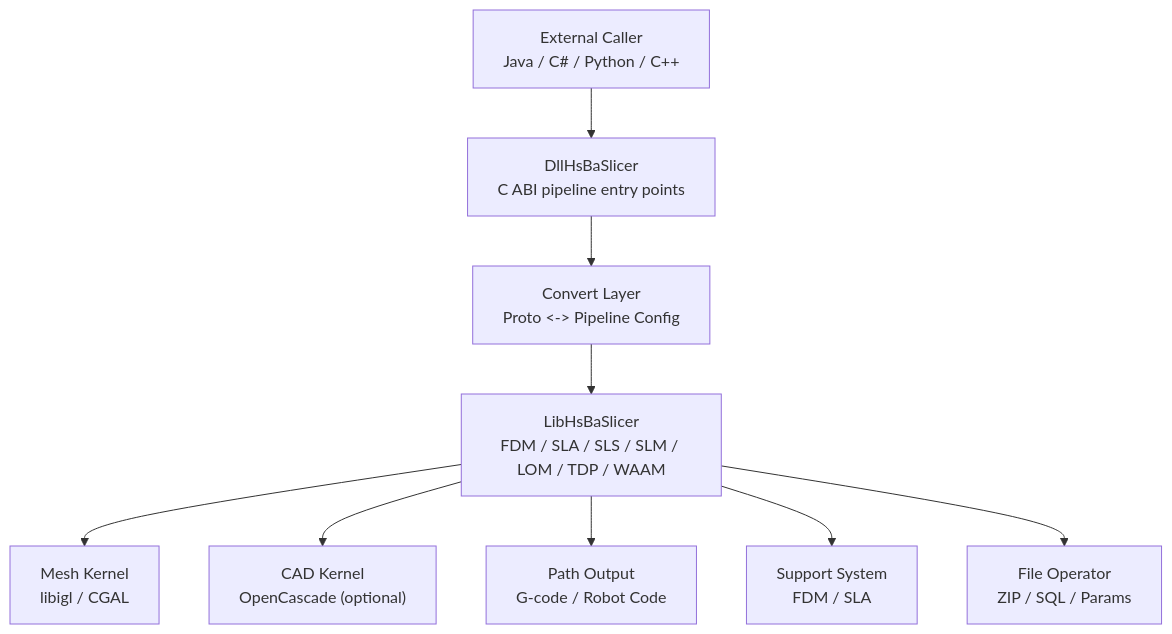
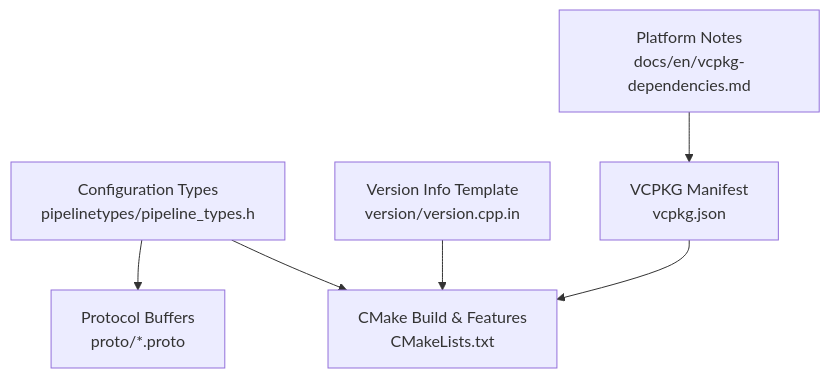
Before and after one commit to hsmbanlance/HsBaSlicer: the first of 4 diagrams in .qoder/repowiki/en/content/Appendix.md, drawn with Mermaid. The commit also changed other lines of this file and 1095 other files, not shown here.

````diff
--- a/.qoder/repowiki/en/content/Appendix.md
+++ b/.qoder/repowiki/en/content/Appendix.md
@@ -49,11 +43,8 @@
 ```mermaid
 graph TB
-Client["External Caller<br/>Java / C# / Python / C++"] --> Dll["DllHsBaSlicer<br/>C ABI pipeline entry points"]
-Dll --> Convert["Convert Layer<br/>Proto <-> Pipeline Config"]
-Convert --> Core["LibHsBaSlicer<br/>FDM / SLA / SLS / SLM / LOM / TDP / WAAM"]
-Core --> Mesh["Mesh Kernel<br/>libigl / CGAL"]
-Core --> CAD["CAD Kernel<br/>OpenCascade (optional)"]
-Core --> Paths["Path Output<br/>G-code / Robot Code"]
-Core --> Support["Support System<br/>FDM / SLA"]
-Core --> FileOp["File Operator<br/>ZIP / SQL / Params"]
+A["Configuration Types<br/>pipelinetypes/pipeline_types.h"] --> B["Protocol Buffers<br/>proto/*.proto"]
+A --> C["CMake Build & Features<br/>CMakeLists.txt"]
+D["Version Info Template<br/>version/version.cpp.in"] --> C
+E["VCPKG Manifest<br/>vcpkg.json"] --> C
+F["Platform Notes<br/>docs/en/vcpkg-dependencies.md"] --> E
 ```
````
